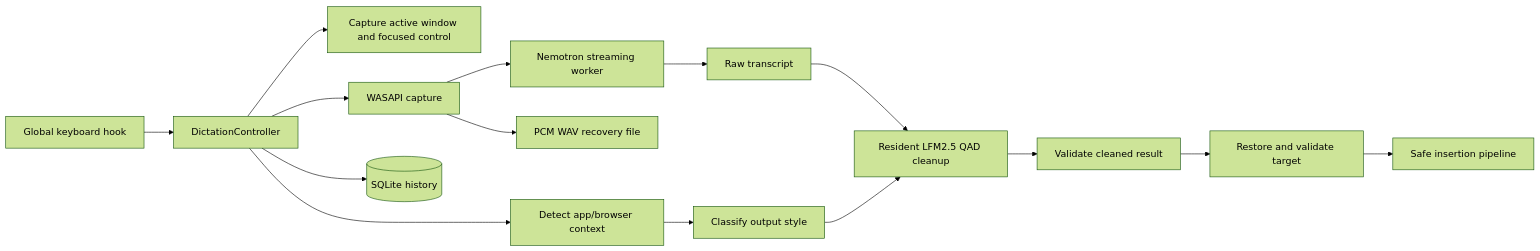
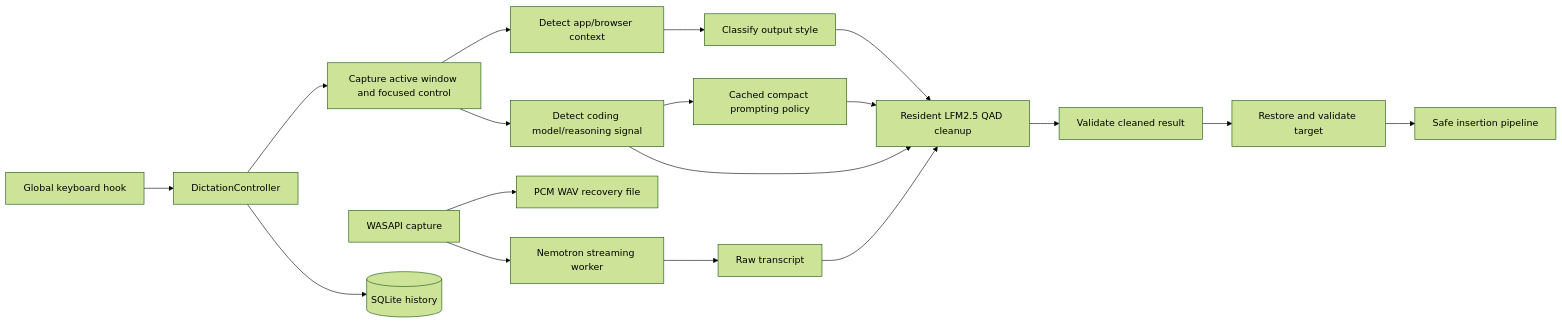
The diagram in docs/architecture.md (kpsr01/flow_local), drawn with Mermaid (forest theme) before and after one commit. The commit also changed other lines of this file and 14 other files, not shown here.

````diff
--- a/docs/architecture.md
+++ b/docs/architecture.md
@@ -15,17 +15,20 @@
 ```mermaid
 flowchart LR
   K[Global keyboard hook] --> C[DictationController]
   C --> T[Capture active window and focused control]
-  C --> X[Detect app/browser context]
+  T --> X[Detect app/browser context]
   X --> S[Classify output style]
-  C --> A[WASAPI capture]
-  A --> W[PCM WAV recovery file]
+  T --> M[Detect coding model/reasoning signal]
+  M --> G[Cached compact prompting policy]
+  A[WASAPI capture] --> W[PCM WAV recovery file]
   A --> N[Nemotron streaming worker]
   N --> R[Raw transcript]
   R --> L[Resident LFM2.5 QAD cleanup]
   S --> L
+  M --> L
+  G --> L
   L --> V[Validate cleaned result]
   V --> I[Restore and validate target]
   I --> P[Safe insertion pipeline]
   C --> D[(SQLite history)]
 ```
````
